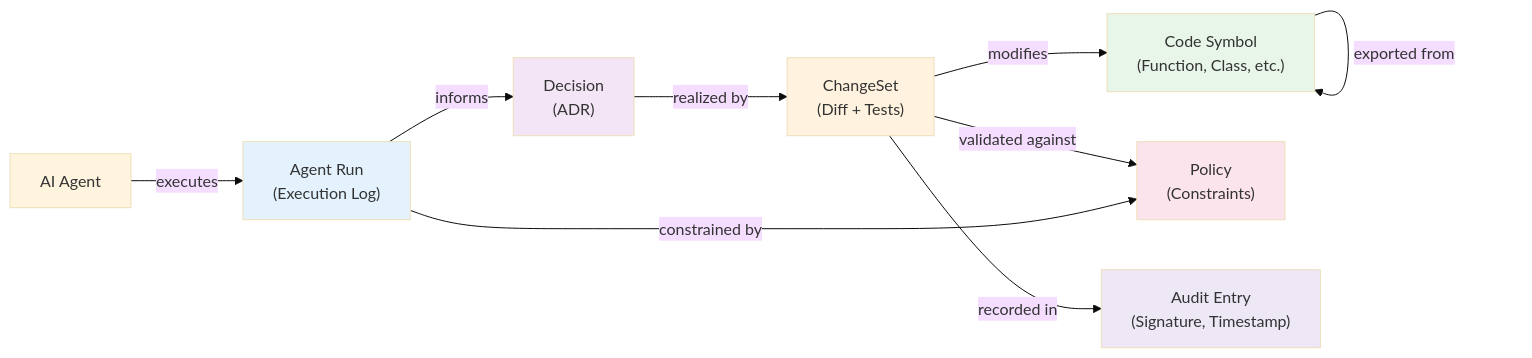
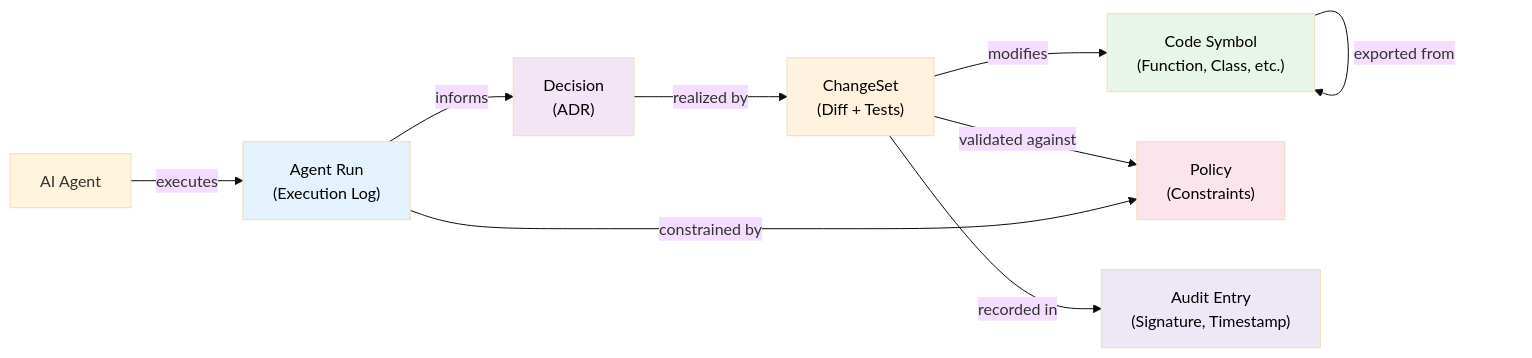
One commit to Chillbruhhh/Agentic-Coding-Memory changed the second of 7 diagrams in Unified_Agentic_Memory_White_Paper-Detail.md. Above: the diagram before and after it, drawn with Mermaid (base theme). The commit also changed other lines of this file, not shown here.

Commit message:
Remove roadmap times and fix Mermaid diagrams

````diff
--- a/Unified_Agentic_Memory_White_Paper-Detail.md
+++ b/Unified_Agentic_Memory_White_Paper-Detail.md
@@ -174,28 +174,28 @@
 ```mermaid
 graph LR
     Agent["AI Agent"]
     Run["Agent Run<br/>(Execution Log)"]
     Decision["Decision<br/>(ADR)"]
     ChangeSet["ChangeSet<br/>(Diff + Tests)"]
     Symbol["Code Symbol<br/>(Function, Class, etc.)"]
     Policy["Policy<br/>(Constraints)"]
     AuditLog["Audit Entry<br/>(Signature, Timestamp)"]
     
     Agent -->|executes| Run
     Run -->|informs| Decision
     Decision -->|realized by| ChangeSet
     ChangeSet -->|modifies| Symbol
     ChangeSet -->|validated against| Policy
     ChangeSet -->|recorded in| AuditLog
     Run -->|constrained by| Policy
     
     Symbol -->|depends_on| Symbol
     Symbol -->|exported from| Symbol
     
-    style Run fill:#e3f2fd
-    style Decision fill:#f3e5f5
-    style ChangeSet fill:#fff3e0
-    style Symbol fill:#e8f5e9
-    style Policy fill:#fce4ec
-    style AuditLog fill:#ede7f6
+    style Run fill:#e3f2fd,color:black
+    style Decision fill:#f3e5f5,color:black
+    style ChangeSet fill:#fff3e0,color:black
+    style Symbol fill:#e8f5e9,color:black
+    style Policy fill:#fce4ec,color:black
+    style AuditLog fill:#ede7f6,color:black
 ```
````
